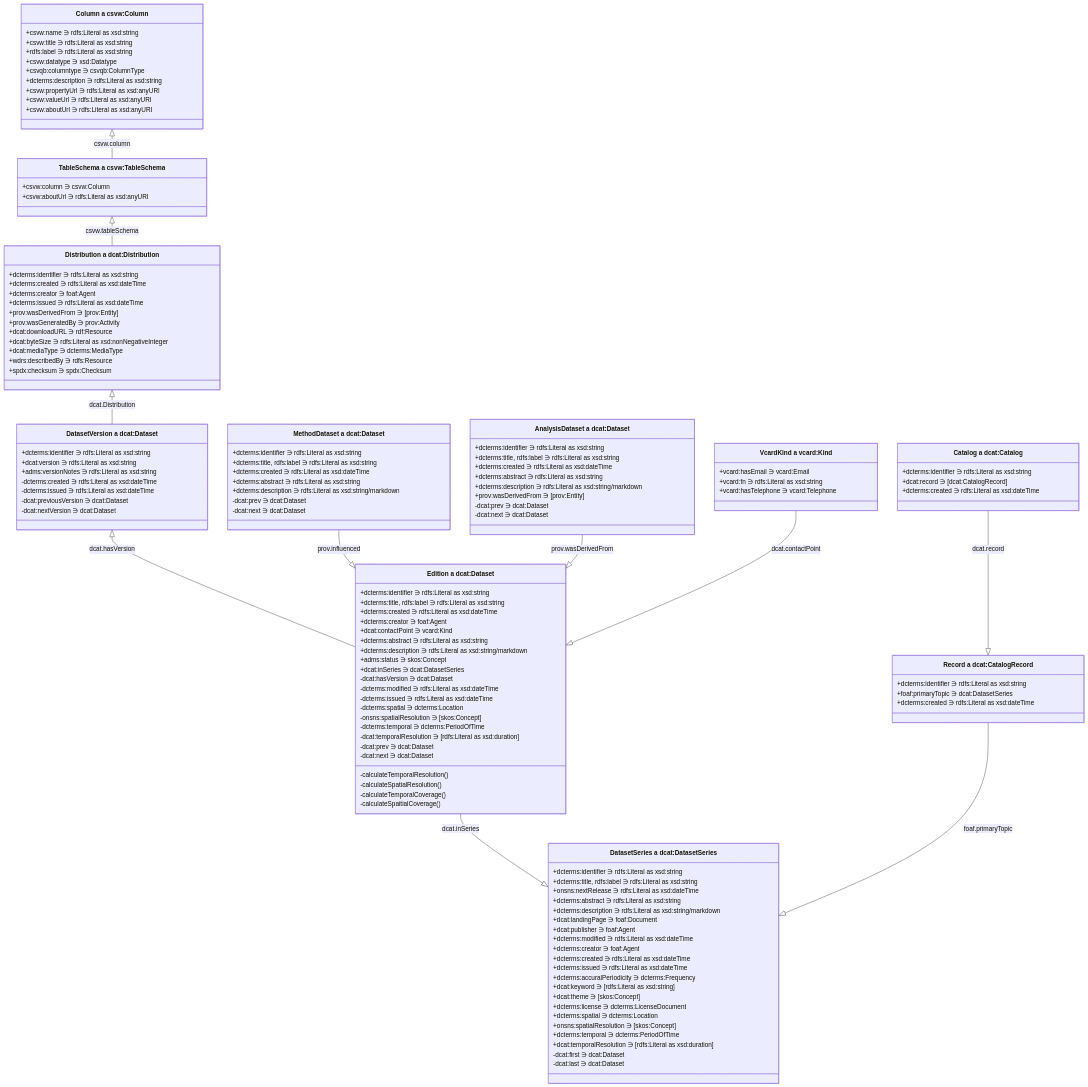
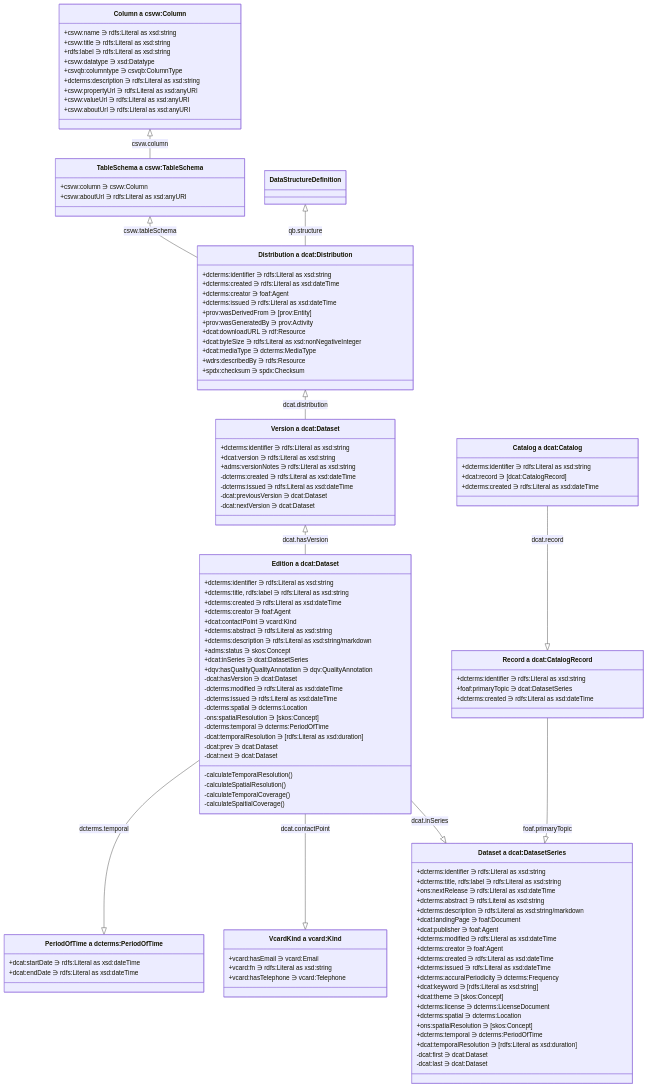
One commit to ONSdigital/application-profile changed the diagram in worked-examples/json_ld_object_model.md. Above: the diagram before and after it, drawn with Mermaid. The commit also changed other lines of this file and 4 other files, not shown here.

````diff
--- a/worked-examples/json_ld_object_model.md
+++ b/worked-examples/json_ld_object_model.md
@@ -3,146 +3,129 @@
 ```mermaid
+classDiagram
 
+    Distribution <|-- Version : dcat.distribution 
+    Version <|-- Edition : dcat.hasVersion
+    Edition --|> Dataset : dcat.inSeries 
+    CatalogRecord --|> Dataset : foaf.primaryTopic
+    Catalog --|> CatalogRecord : dcat.record
+    Edition --|> VcardKind : dcat.contactPoint
+    Edition --|> PeriodOfTime : dcterms.temporal
+    TableSchema <|-- Distribution : csvw.tableSchema
+    DataStructureDefinition <|-- Distribution : qb.structure
+    Column <|-- TableSchema : csvw.column
 
-classDiagram
-Distribution <|-- DatasetVersion : dcat.Distribution 
-DatasetVersion <|-- Edition : dcat.hasVersion
-Edition --|> DatasetSeries : dcat.inSeries 
-CatalogRecord --|> DatasetSeries : foaf.primaryTopic
-Catalog --|> CatalogRecord : dcat.record
-MethodDataset --|> Edition : prov.influenced
-AnalysisDataset --|> Edition : prov.wasDerivedFrom
-VcardKind --|> Edition : dcat.contactPoint
-TableSchema <|-- Distribution : csvw.tableSchema
-Column <|-- TableSchema : csvw.column
+    class Catalog["Catalog a dcat:Catalog"] {
+        +dcterms:identifier ∋ rdfs:Literal as xsd:string
+        +dcat:record ∋ [dcat:CatalogRecord]
+        +dcterms:created ∋ rdfs:Literal as xsd:dateTime
+    }
 
-class Catalog["Catalog a dcat:Catalog"] {
-    +dcterms:identifier ∋ rdfs:Literal as xsd:string
-    +dcat:record ∋ [dcat:CatalogRecord]
-    +dcterms:created ∋ rdfs:Literal as xsd:dateTime
-}
+    class CatalogRecord["Record a dcat:CatalogRecord"] {
+        +dcterms:identifier ∋ rdfs:Literal as xsd:string
+        +foaf:primaryTopic ∋ dcat:DatasetSeries
+        +dcterms:created ∋ rdfs:Literal as xsd:dateTime
+    }
 
-class CatalogRecord["Record a dcat:CatalogRecord"] {
-    +dcterms:identifier ∋ rdfs:Literal as xsd:string
-    +foaf:primaryTopic ∋ dcat:DatasetSeries
-    +dcterms:created ∋ rdfs:Literal as xsd:dateTime
-}
+    class TableSchema["TableSchema a csvw:TableSchema"] {
+        +csvw:column ∋ csvw:Column
+        +csvw:aboutUrl ∋ rdfs:Literal as xsd:anyURI
+    }
 
-class TableSchema["TableSchema a csvw:TableSchema"] {
-    +csvw:column ∋ csvw:Column
-    +csvw:aboutUrl ∋ rdfs:Literal as xsd:anyURI
-}
+    class Column["Column a csvw:Column"] {
+        +csvw:name ∋ rdfs:Literal as xsd:string
+        +csvw:title ∋ rdfs:Literal as xsd:string
+        +rdfs:label ∋ rdfs:Literal as xsd:string
+        +csvw:datatype ∋ xsd:Datatype
+        +csvqb:columntype ∋ csvqb:ColumnType
+        +dcterms:description ∋ rdfs:Literal as xsd:string
+        +csvw:propertyUrl ∋ rdfs:Literal as xsd:anyURI
+        +csvw:valueUrl ∋ rdfs:Literal as xsd:anyURI
+        +csvw:aboutUrl ∋ rdfs:Literal as xsd:anyURI
+    }
 
-class Column["Column a csvw:Column"] {
-    +csvw:name ∋ rdfs:Literal as xsd:string
-    +csvw:title ∋ rdfs:Literal as xsd:string
-    +rdfs:label ∋ rdfs:Literal as xsd:string
-    +csvw:datatype ∋ xsd:Datatype
-    +csvqb:columntype ∋ csvqb:ColumnType
-    +dcterms:description ∋ rdfs:Literal as xsd:string
-    +csvw:propertyUrl ∋ rdfs:Literal as xsd:anyURI
-    +csvw:valueUrl ∋ rdfs:Literal as xsd:anyURI
-    +csvw:aboutUrl ∋ rdfs:Literal as xsd:anyURI
-}
+    class Edition["Edition a dcat:Dataset"] {
+        +dcterms:identifier ∋ rdfs:Literal as xsd:string
+        +dcterms:title, rdfs:label ∋ rdfs:Literal as xsd:string
+        +dcterms:created ∋ rdfs:Literal as xsd:dateTime
+        +dcterms:creator ∋ foaf:Agent
+        +dcat:contactPoint ∋ vcard:Kind
+        +dcterms:abstract ∋ rdfs:Literal as xsd:string
+        +dcterms:description ∋ rdfs:Literal as xsd:string/markdown
+        +adms:status ∋ skos:Concept
+        +dcat:inSeries ∋ dcat:DatasetSeries
+        +dqv:hasQualityQualityAnnotation ∋ dqv:QualityAnnotation
+        -dcat:hasVersion ∋ dcat:Dataset
+        -dcterms:modified ∋ rdfs:Literal as xsd:dateTime
+        -dcterms:issued ∋ rdfs:Literal as xsd:dateTime
+        -dcterms:spatial ∋ dcterms:Location
+        -ons:spatialResolution ∋ [skos:Concept]
+        -dcterms:temporal ∋ dcterms:PeriodOfTime
+        -dcat:temporalResolution ∋ [rdfs:Literal as xsd:duration]
+        -dcat:prev ∋ dcat:Dataset
+        -dcat:next ∋ dcat:Dataset
+        -calculateTemporalResolution()
+        -calculateSpatialResolution()
+        -calculateTemporalCoverage() 
+        -calculateSpaitialCoverage()   
+    }
 
-class Edition["Edition a dcat:Dataset"] {
-    +dcterms:identifier ∋ rdfs:Literal as xsd:string
-    +dcterms:title, rdfs:label ∋ rdfs:Literal as xsd:string
-    +dcterms:created ∋ rdfs:Literal as xsd:dateTime
-    +dcterms:creator ∋ foaf:Agent
-    +dcat:contactPoint ∋ vcard:Kind
-    +dcterms:abstract ∋ rdfs:Literal as xsd:string
-    +dcterms:description ∋ rdfs:Literal as xsd:string/markdown
-    +adms:status ∋ skos:Concept
-    +dcat:inSeries ∋ dcat:DatasetSeries
-    -dcat:hasVersion ∋ dcat:Dataset
-    -dcterms:modified ∋ rdfs:Literal as xsd:dateTime
-    -dcterms:issued ∋ rdfs:Literal as xsd:dateTime
-    -dcterms:spatial ∋ dcterms:Location
-    -onsns:spatialResolution ∋ [skos:Concept]
-    -dcterms:temporal ∋ dcterms:PeriodOfTime
-    -dcat:temporalResolution ∋ [rdfs:Literal as xsd:duration]
-    -dcat:prev ∋ dcat:Dataset
-    -dcat:next ∋ dcat:Dataset
-    -calculateTemporalResolution()
-    -calculateSpatialResolution()
-    -calculateTemporalCoverage() 
-    -calculateSpaitialCoverage()   
-}
+    class VcardKind["VcardKind a vcard:Kind"] {
+        +vcard:hasEmail ∋ vcard:Email
+        +vcard:fn ∋ rdfs:Literal as xsd:string
+        +vcard:hasTelephone ∋ vcard:Telephone
+    }
 
-class VcardKind["VcardKind a vcard:Kind"] {
-    +vcard:hasEmail ∋ vcard:Email
-    +vcard:fn ∋ rdfs:Literal as xsd:string
-    +vcard:hasTelephone ∋ vcard:Telephone
-}
+    class PeriodOfTime["PeriodOfTime a dcterms:PeriodOfTime"] {
+        +dcat:startDate ∋ rdfs:Literal as xsd:dateTime
+        +dcat:endDate ∋ rdfs:Literal as xsd:dateTime
+    }
 
-class Distribution["Distribution a dcat:Distribution"] {
-    +dcterms:identifier ∋ rdfs:Literal as xsd:string
-    +dcterms:created ∋ rdfs:Literal as xsd:dateTime
-    +dcterms:creator ∋ foaf:Agent
-    +dcterms:issued ∋ rdfs:Literal as xsd:dateTime
-    +prov:wasDerivedFrom ∋ [prov:Entity]
-    +prov:wasGeneratedBy ∋ prov:Activity
-    +dcat:downloadURL ∋ rdf:Resource
-    +dcat:byteSize ∋ rdfs:Literal as xsd:nonNegativeInteger
-    +dcat:mediaType ∋ dcterms:MediaType
-    +wdrs:describedBy ∋ rdfs:Resource
-    +spdx:checksum ∋ spdx:Checksum
-}
+    class Distribution["Distribution a dcat:Distribution"] {
+        +dcterms:identifier ∋ rdfs:Literal as xsd:string
+        +dcterms:created ∋ rdfs:Literal as xsd:dateTime
+        +dcterms:creator ∋ foaf:Agent
+        +dcterms:issued ∋ rdfs:Literal as xsd:dateTime
+        +prov:wasDerivedFrom ∋ [prov:Entity]
+        +prov:wasGeneratedBy ∋ prov:Activity
+        +dcat:downloadURL ∋ rdf:Resource
+        +dcat:byteSize ∋ rdfs:Literal as xsd:nonNegativeInteger
+        +dcat:mediaType ∋ dcterms:MediaType
+        +wdrs:describedBy ∋ rdfs:Resource
+        +spdx:checksum ∋ spdx:Checksum
+    }
 
-class DatasetVersion["DatasetVersion a dcat:Dataset"] {
-    +dcterms:identifier ∋ rdfs:Literal as xsd:string
-    +dcat:version ∋ rdfs:Literal as xsd:string
-    +adms:versionNotes ∋ rdfs:Literal as xsd:string
-    -dcterms:created ∋ rdfs:Literal as xsd:dateTime
-    -dcterms:issued ∋ rdfs:Literal as xsd:dateTime
-    -dcat:previousVersion ∋ dcat:Dataset
-    -dcat:nextVersion ∋ dcat:Dataset
+    class Version["Version a dcat:Dataset"] {
+        +dcterms:identifier ∋ rdfs:Literal as xsd:string
+        +dcat:version ∋ rdfs:Literal as xsd:string
+        +adms:versionNotes ∋ rdfs:Literal as xsd:string
+        -dcterms:created ∋ rdfs:Literal as xsd:dateTime
+        -dcterms:issued ∋ rdfs:Literal as xsd:dateTime
+        -dcat:previousVersion ∋ dcat:Dataset
+        -dcat:nextVersion ∋ dcat:Dataset
+    }
 
-}
+    class Dataset["Dataset a dcat:DatasetSeries"] {
+        +dcterms:identifier ∋ rdfs:Literal as xsd:string
+        +dcterms:title, rdfs:label ∋ rdfs:Literal as xsd:string
+        +ons:nextRelease ∋ rdfs:Literal as xsd:dateTime
+        +dcterms:abstract ∋ rdfs:Literal as xsd:string
+        +dcterms:description ∋ rdfs:Literal as xsd:string/markdown
+        +dcat:landingPage ∋ foaf:Document
+        +dcat:publisher ∋ foaf:Agent
+        +dcterms:modified ∋ rdfs:Literal as xsd:dateTime
+        +dcterms:creator ∋ foaf:Agent
+        +dcterms:created ∋ rdfs:Literal as xsd:dateTime
+        +dcterms:issued ∋ rdfs:Literal as xsd:dateTime
+        +dcterms:accuralPeriodicity ∋ dcterms:Frequency
+        +dcat:keyword ∋ [rdfs:Literal as xsd:string]
+        +dcat:theme ∋ [skos:Concept]
+        +dcterms:license ∋ dcterms:LicenseDocument
+        +dcterms:spatial ∋ dcterms:Location
+        +ons:spatialResolution ∋ [skos:Concept]
+        +dcterms:temporal ∋ dcterms:PeriodOfTime
+        +dcat:temporalResolution ∋ [rdfs:Literal as xsd:duration]
+        -dcat:first ∋ dcat:Dataset
+        -dcat:last ∋ dcat:Dataset
+    }
 
-class DatasetSeries["DatasetSeries a dcat:DatasetSeries"] {
-    +dcterms:identifier ∋ rdfs:Literal as xsd:string
-    +dcterms:title, rdfs:label ∋ rdfs:Literal as xsd:string
-    +onsns:nextRelease ∋ rdfs:Literal as xsd:dateTime
-    +dcterms:abstract ∋ rdfs:Literal as xsd:string
-    +dcterms:description ∋ rdfs:Literal as xsd:string/markdown
-    +dcat:landingPage ∋ foaf:Document
-    +dcat:publisher ∋ foaf:Agent
-    +dcterms:modified ∋ rdfs:Literal as xsd:dateTime
-    +dcterms:creator ∋ foaf:Agent
-    +dcterms:created ∋ rdfs:Literal as xsd:dateTime
-    +dcterms:issued ∋ rdfs:Literal as xsd:dateTime
-    +dcterms:accuralPeriodicity ∋ dcterms:Frequency
-    +dcat:keyword ∋ [rdfs:Literal as xsd:string]
-    +dcat:theme ∋ [skos:Concept]
-    +dcterms:license ∋ dcterms:LicenseDocument
-    +dcterms:spatial ∋ dcterms:Location
-    +onsns:spatialResolution ∋ [skos:Concept]
-    +dcterms:temporal ∋ dcterms:PeriodOfTime
-    +dcat:temporalResolution ∋ [rdfs:Literal as xsd:duration]
-    -dcat:first ∋ dcat:Dataset
-    -dcat:last ∋ dcat:Dataset
-
-}
-
-class MethodDataset["MethodDataset a dcat:Dataset"]{
-    +dcterms:identifier ∋ rdfs:Literal as xsd:string
-    +dcterms:title, rdfs:label ∋ rdfs:Literal as xsd:string
-    +dcterms:created ∋ rdfs:Literal as xsd:dateTime
-    +dcterms:abstract ∋ rdfs:Literal as xsd:string
-    +dcterms:description ∋ rdfs:Literal as xsd:string/markdown
-    -dcat:prev ∋ dcat:Dataset
-    -dcat:next ∋ dcat:Dataset
-}
-
-class AnalysisDataset["AnalysisDataset a dcat:Dataset"] {
-    +dcterms:identifier ∋ rdfs:Literal as xsd:string
-    +dcterms:title, rdfs:label ∋ rdfs:Literal as xsd:string
-    +dcterms:created ∋ rdfs:Literal as xsd:dateTime
-    +dcterms:abstract ∋ rdfs:Literal as xsd:string
-    +dcterms:description ∋ rdfs:Literal as xsd:string/markdown
-    +prov:wasDerivedFrom ∋ [prov:Entity]
-    -dcat:prev ∋ dcat:Dataset
-    -dcat:next ∋ dcat:Dataset
-}
 ```
````
